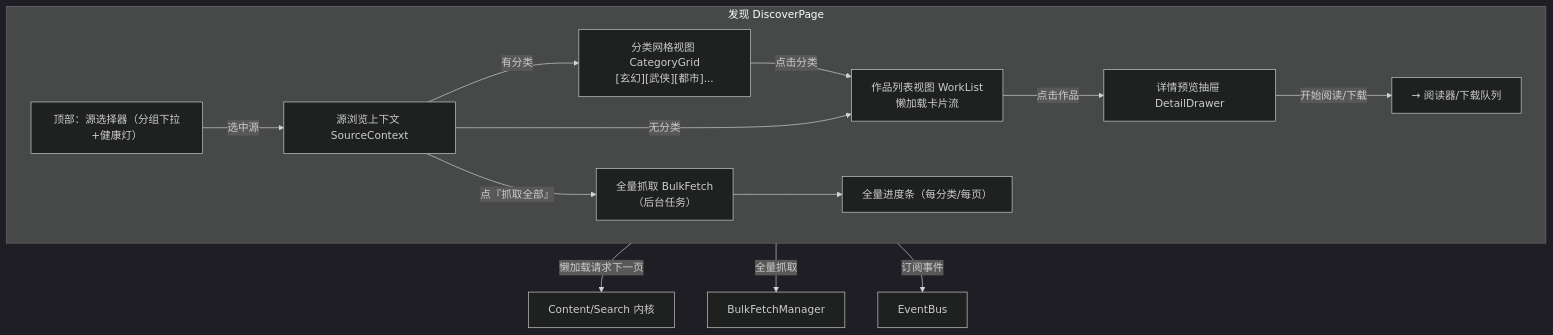
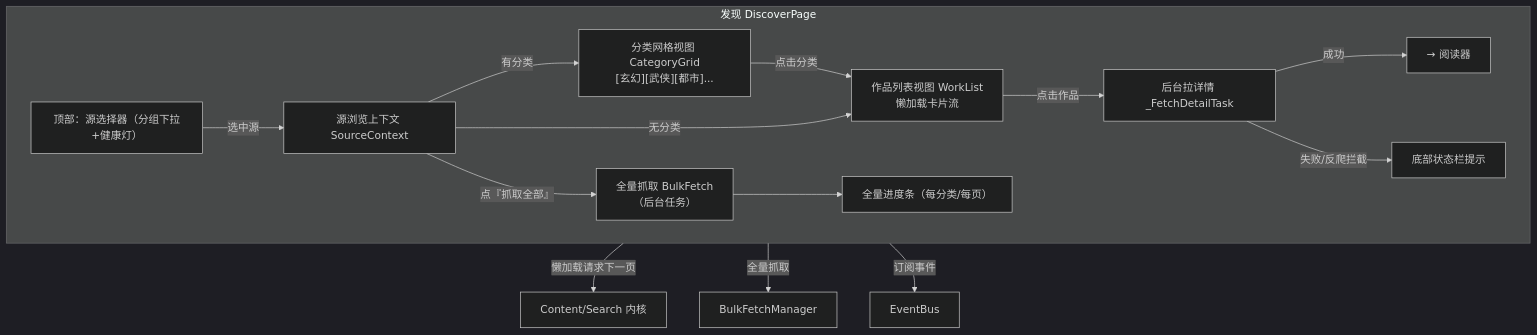
The diagram in docs/ui-discover.md (hulixiang393-web/claw), drawn with Mermaid (dark theme) before and after one commit. The commit also changed other lines of this file and 176 other files, not shown here.

````diff
--- a/docs/ui-discover.md
+++ b/docs/ui-discover.md
@@ -28,21 +28,22 @@
 ```mermaid
 flowchart TB
     subgraph DiscoverPage["发现 DiscoverPage"]
         Top["顶部：源选择器（分组下拉+健康灯）"]
         Top -->|选中源| Ctx["源浏览上下文 SourceContext"]
 
         Ctx -->|有分类| CatGrid["分类网格视图 CategoryGrid<br/>[玄幻][武侠][都市]..."]
         CatGrid -->|点击分类| List["作品列表视图 WorkList<br/>懒加载卡片流"]
         Ctx -->|无分类| List
 
-        List -->|点击作品| Drawer["详情预览抽屉 DetailDrawer"]
-        Drawer -->|开始阅读/下载| Reader["→ 阅读器/下载队列"]
+        List -->|点击作品| Fetch["后台拉详情 _FetchDetailTask"]
+        Fetch -->|成功| Reader["→ 阅读器"]
+        Fetch -->|失败/反爬拦截| Tip["底部状态栏提示"]
 
         Ctx -->|点『抓取全部』| Bulk["全量抓取 BulkFetch<br/>（后台任务）"]
         Bulk --> Prog["全量进度条（每分类/每页）"]
     end
 
     DiscoverPage -->|懒加载请求下一页| C["Content/Search 内核"]
     DiscoverPage -->|全量抓取| B["BulkFetchManager"]
     DiscoverPage -->|订阅事件| EB["EventBus"]
 ```
````
